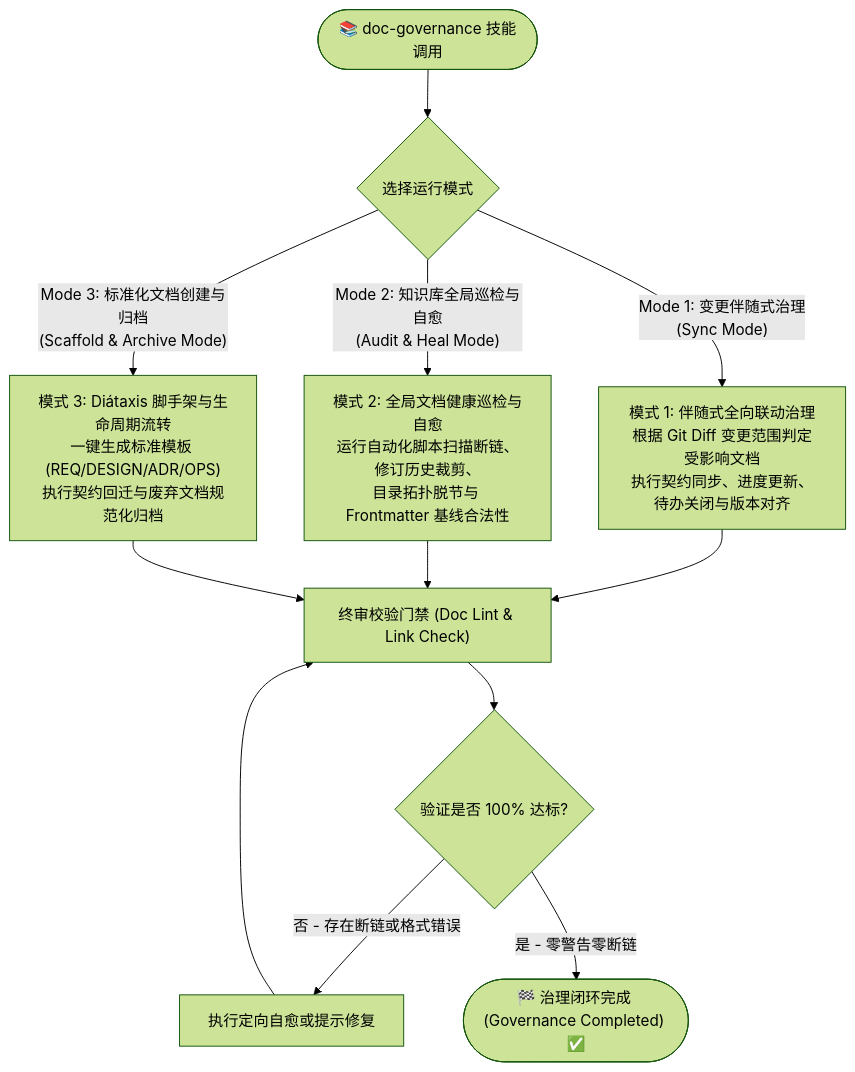
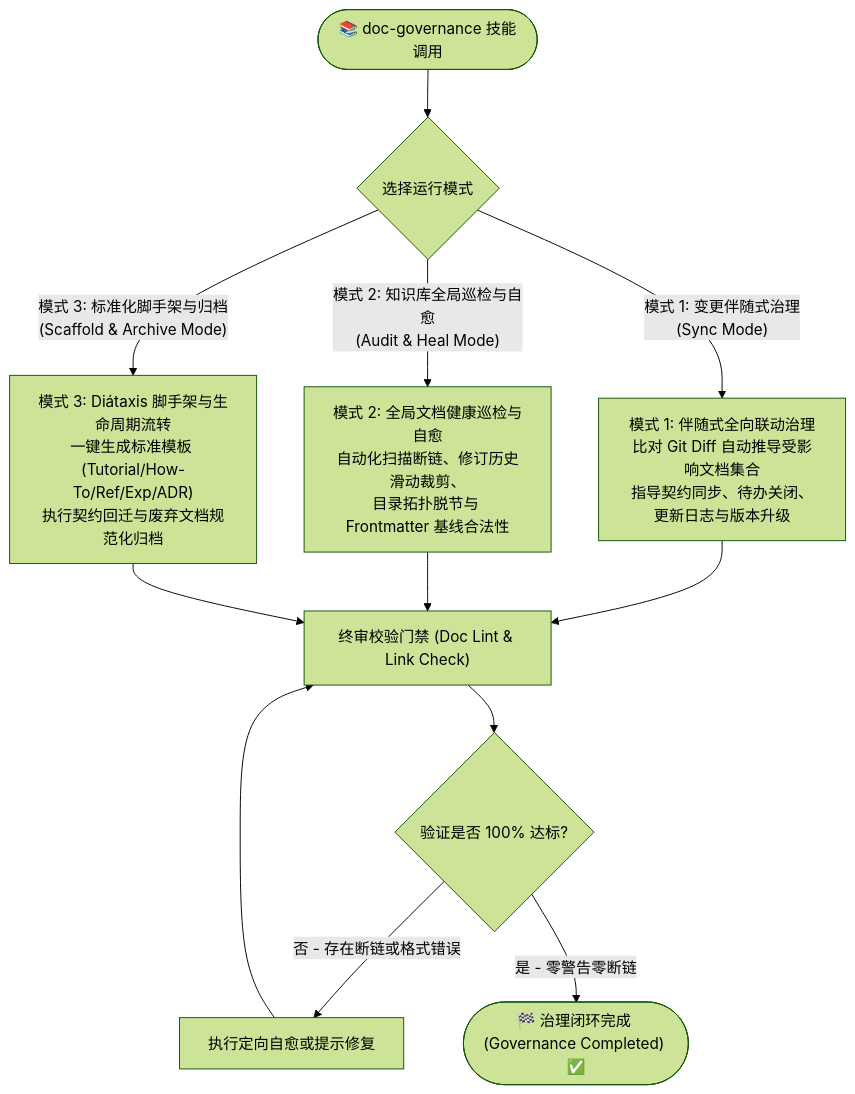
Before and after one commit to CodingRookie98/cr-agent-arsenal: the diagram in docs/design/doc-governance-design.md, drawn with Mermaid (forest theme). The commit also changed other lines of this file, not shown here.

Commit message:
docs(design): 重构为基于 Diátaxis 四象限与 AI 智能体机器可读的标准知识库架构 (V1.1.0)

````diff
--- a/docs/design/doc-governance-design.md
+++ b/docs/design/doc-governance-design.md
@@ -105,18 +221,18 @@
 ```mermaid
 graph TD
     Start(["📚 doc-governance 技能调用"]) --> Mode{"选择运行模式"}
     
-    Mode -->|"Mode 1: 变更伴随式治理<br>(Sync Mode)"| SyncFlow["模式 1: 伴随式全向联动治理<br/>根据 Git Diff 变更范围判定受影响文档<br/>执行契约同步、进度更新、待办关闭与版本对齐"]
+    Mode -->|"模式 1: 变更伴随式治理<br>(Sync Mode)"| SyncFlow["模式 1: 伴随式全向联动治理<br/>比对 Git Diff 自动推导受影响文档集合<br/>指导契约同步、待办关闭、更新日志与版本升级"]
     
-    Mode -->|"Mode 2: 知识库全局巡检与自愈<br>(Audit & Heal Mode)"| AuditFlow["模式 2: 全局文档健康巡检与自愈<br/>运行自动化脚本扫描断链、修订历史裁剪、<br/>目录拓扑脱节与 Frontmatter 基线合法性"]
+    Mode -->|"模式 2: 知识库全局巡检与自愈<br>(Audit & Heal Mode)"| AuditFlow["模式 2: 全局文档健康巡检与自愈<br/>自动化扫描断链、修订历史滑动裁剪、<br/>目录拓扑脱节与 Frontmatter 基线合法性"]
     
-    Mode -->|"Mode 3: 标准化文档创建与归档<br>(Scaffold & Archive Mode)"| ScaffFlow["模式 3: Diátaxis 脚手架与生命周期流转<br/>一键生成标准模板 (REQ/DESIGN/ADR/OPS)<br/>执行契约回迁与废弃文档规范化归档"]
+    Mode -->|"模式 3: 标准化脚手架与归档<br>(Scaffold & Archive Mode)"| ScaffFlow["模式 3: Diátaxis 脚手架与生命周期流转<br/>一键生成标准模板 (Tutorial/How-To/Ref/Exp/ADR)<br/>执行契约回迁与废弃文档规范化归档"]
     
     SyncFlow --> Gate["终审校验门禁 (Doc Lint & Link Check)"]
     AuditFlow --> Gate
     ScaffFlow --> Gate
     
     Gate --> Pass{"验证是否 100% 达标?"}
     Pass -->|"否 - 存在断链或格式错误"| AutoHeal["执行定向自愈或提示修复"] --> Gate
     Pass -->|"是 - 零警告零断链"| Done(["🏁 治理闭环完成 (Governance Completed) ✅"])
 ```
````
